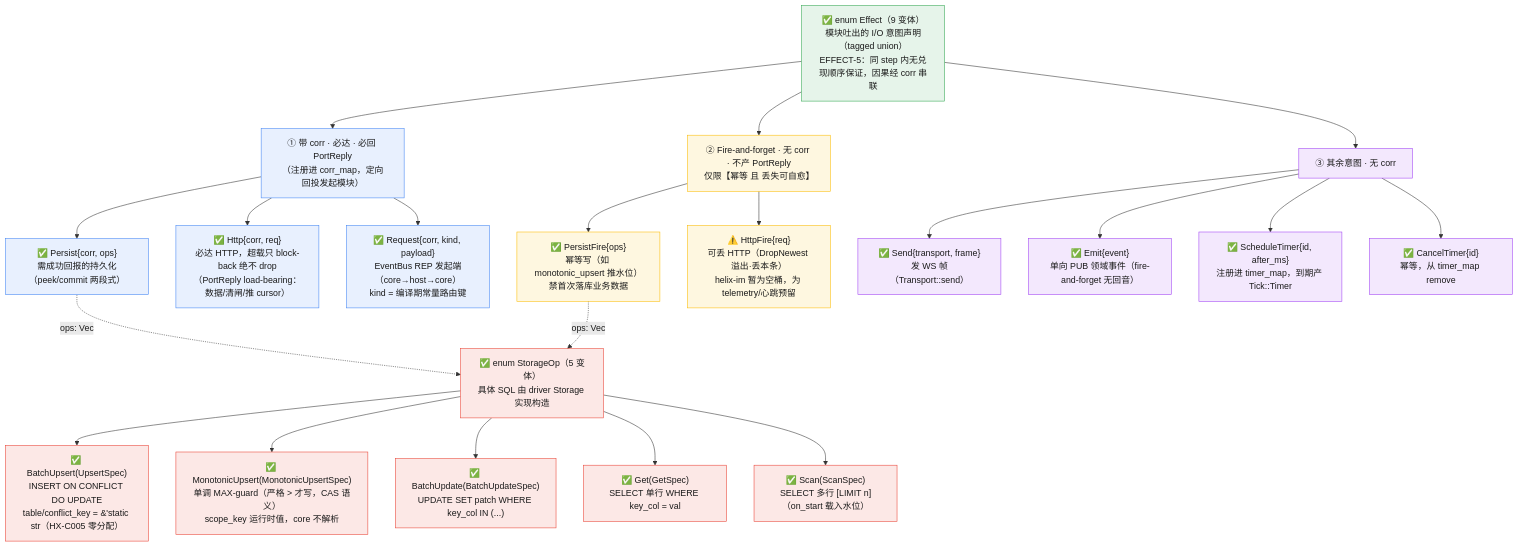
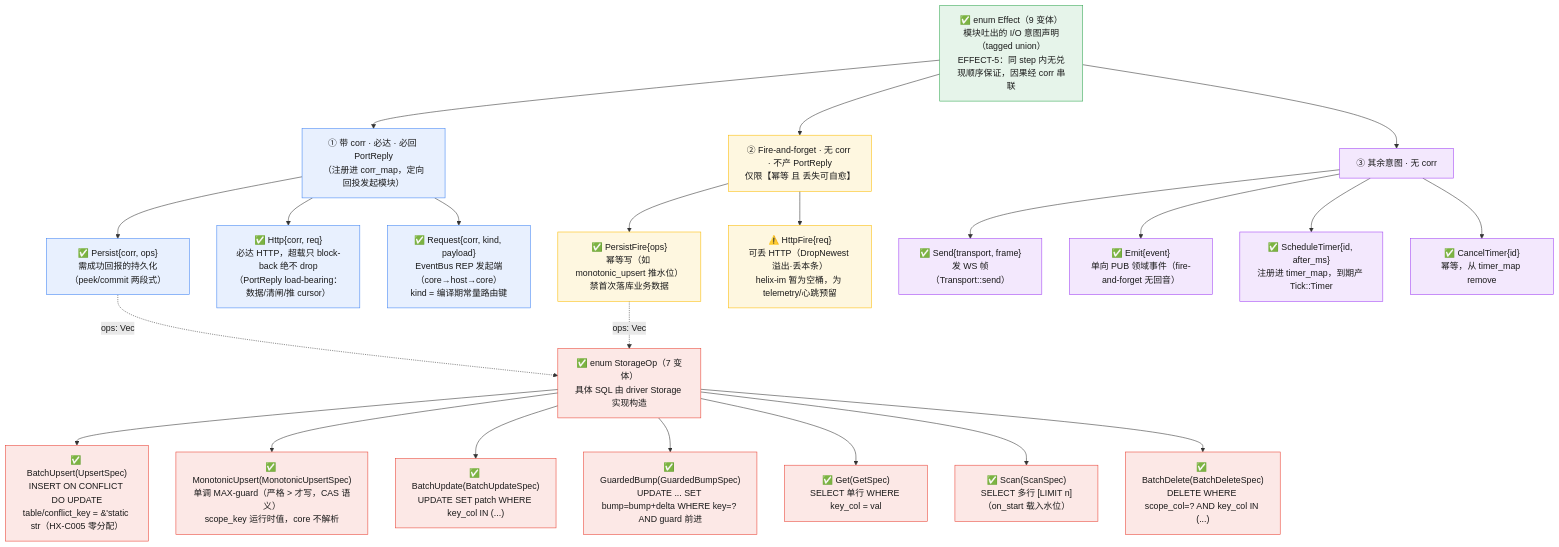
The diagram in crates/helix-core/docs/design/02-effect-storageop-taxonomy.mmd (zxs1633079383/helix), drawn with Mermaid before and after one commit. The commit also changed 66 other files, not shown here.

```diff
--- a/crates/helix-core/docs/design/02-effect-storageop-taxonomy.mmd
+++ b/crates/helix-core/docs/design/02-effect-storageop-taxonomy.mmd
@@ -1,39 +1,41 @@
 %% helix-core — Effect / StorageOp 分类树
-%% 真源：src/effect.rs (enum Effect 9 变体 · enum StorageOp 5 变体)
+%% 真源：src/effect.rs (enum Effect 9 变体 · enum StorageOp 7 变体)
 %% 关联：HX-C005(热路径零分配·&'static str) · HX-C007(Effect 跨边界批处理) · EFFECT-5(无序契约)
 flowchart TD
     classDef root fill:#e6f4ea,stroke:#34a853,color:#1a1a1a
     classDef must fill:#e8f0fe,stroke:#4285f4,color:#1a1a1a
     classDef fire fill:#fef7e0,stroke:#fbbc04,color:#1a1a1a
     classDef nocorr fill:#f3e8fd,stroke:#a142f4,color:#1a1a1a
     classDef op fill:#fce8e6,stroke:#ea4335,color:#1a1a1a
 
     ROOT["✅ enum Effect（9 变体）<br/>模块吐出的 I/O 意图声明（tagged union）<br/>EFFECT-5：同 step 内无兑现顺序保证，因果经 corr 串联"]:::root
 
     %% ── A 类：带 Correlation（必达 → 必产 PortReply）──
     ROOT --> A["① 带 corr · 必达 · 必回 PortReply<br/>（注册进 corr_map，定向回投发起模块）"]:::must
     A --> A1["✅ Persist{corr, ops}<br/>需成功回报的持久化（peek/commit 两段式）"]:::must
     A --> A2["✅ Http{corr, req}<br/>必达 HTTP，超载只 block-back 绝不 drop<br/>（PortReply load-bearing：数据/清闸/推 cursor）"]:::must
     A --> A3["✅ Request{corr, kind, payload}<br/>EventBus REP 发起端（core→host→core）<br/>kind = 编译期常量路由键"]:::must
 
     %% ── B 类：Fire-and-forget（无 corr · 不回 PortReply）──
     ROOT --> B["② Fire-and-forget · 无 corr · 不产 PortReply<br/>仅限【幂等 且 丢失可自愈】"]:::fire
     B --> B1["✅ PersistFire{ops}<br/>幂等写（如 monotonic_upsert 推水位）<br/>禁首次落库业务数据"]:::fire
     B --> B2["⚠️ HttpFire{req}<br/>可丢 HTTP（DropNewest 溢出·丢本条）<br/>helix-im 暂为空桶，为 telemetry/心跳预留"]:::fire
 
     %% ── C 类：无 corr 的其余意图 ──
     ROOT --> C["③ 其余意图 · 无 corr"]:::nocorr
     C --> C1["✅ Send{transport, frame}<br/>发 WS 帧（Transport::send）"]:::nocorr
     C --> C2["✅ Emit{event}<br/>单向 PUB 领域事件（fire-and-forget 无回音）"]:::nocorr
     C --> C3["✅ ScheduleTimer{id, after_ms}<br/>注册进 timer_map，到期产 Tick::Timer"]:::nocorr
     C --> C4["✅ CancelTimer{id}<br/>幂等，从 timer_map remove"]:::nocorr
 
     %% ── StorageOp 子树（Persist / PersistFire 的 ops 元素）──
     A1 -.->|"ops: Vec<StorageOp>"| SOP
     B1 -.->|"ops: Vec<StorageOp>"| SOP
-    SOP["✅ enum StorageOp（5 变体）<br/>具体 SQL 由 driver Storage 实现构造"]:::op
+    SOP["✅ enum StorageOp（7 变体）<br/>具体 SQL 由 driver Storage 实现构造"]:::op
     SOP --> S1["✅ BatchUpsert(UpsertSpec)<br/>INSERT ON CONFLICT DO UPDATE<br/>table/conflict_key = &'static str（HX-C005 零分配）"]:::op
     SOP --> S2["✅ MonotonicUpsert(MonotonicUpsertSpec)<br/>单调 MAX-guard（严格 > 才写，CAS 语义）<br/>scope_key 运行时值，core 不解析"]:::op
     SOP --> S3["✅ BatchUpdate(BatchUpdateSpec)<br/>UPDATE SET patch WHERE key_col IN (...)"]:::op
-    SOP --> S4["✅ Get(GetSpec)<br/>SELECT 单行 WHERE key_col = val"]:::op
-    SOP --> S5["✅ Scan(ScanSpec)<br/>SELECT 多行 [LIMIT n]（on_start 载入水位）"]:::op
+    SOP --> S4["✅ GuardedBump(GuardedBumpSpec)<br/>UPDATE ... SET bump=bump+delta WHERE key=? AND guard 前进"]:::op
+    SOP --> S5["✅ Get(GetSpec)<br/>SELECT 单行 WHERE key_col = val"]:::op
+    SOP --> S6["✅ Scan(ScanSpec)<br/>SELECT 多行 [LIMIT n]（on_start 载入水位）"]:::op
+    SOP --> S7["✅ BatchDelete(BatchDeleteSpec)<br/>DELETE WHERE scope_col=? AND key_col IN (...)"]:::op
```
